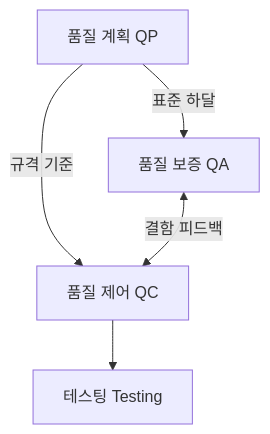
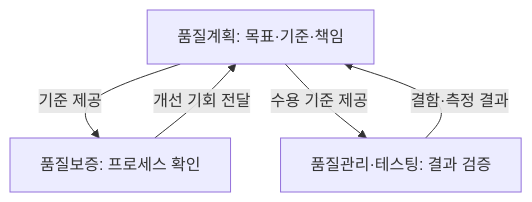
Before and after one commit to agnusdei1207/study: the first of 2 diagrams in src/content/docs/notes/itpe/02-software-engineering/060_quality_assurance.md, drawn with Mermaid. The commit also changed other lines of this file and 31 other files, not shown here.

Commit message:
docs(itpe): correct software engineering architecture and test notes

````diff
--- a/src/content/docs/notes/itpe/02-software-engineering/060_quality_assurance.md
+++ b/src/content/docs/notes/itpe/02-software-engineering/060_quality_assurance.md
@@ -54,7 +56,7 @@
 ```mermaid
-flowchart TB
-    QP["품질 계획 QP"] -->|"표준 하달"| QA["품질 보증 QA"]
-    QP -->|"규격 기준"| QC["품질 제어 QC"]
-    QA <-->|"결함 피드백"| QC
-    QC --> T["테스팅 Testing"]
+flowchart TD
+    A["품질계획: 목표·기준·책임"] -->|"기준 제공"| B["품질보증: 프로세스 확인"]
+    A -->|"수용 기준 제공"| C["품질관리·테스팅: 결과 검증"]
+    B -->|"개선 기회 전달"| A
+    C -->|"결함·측정 결과"| A
 ```
````
